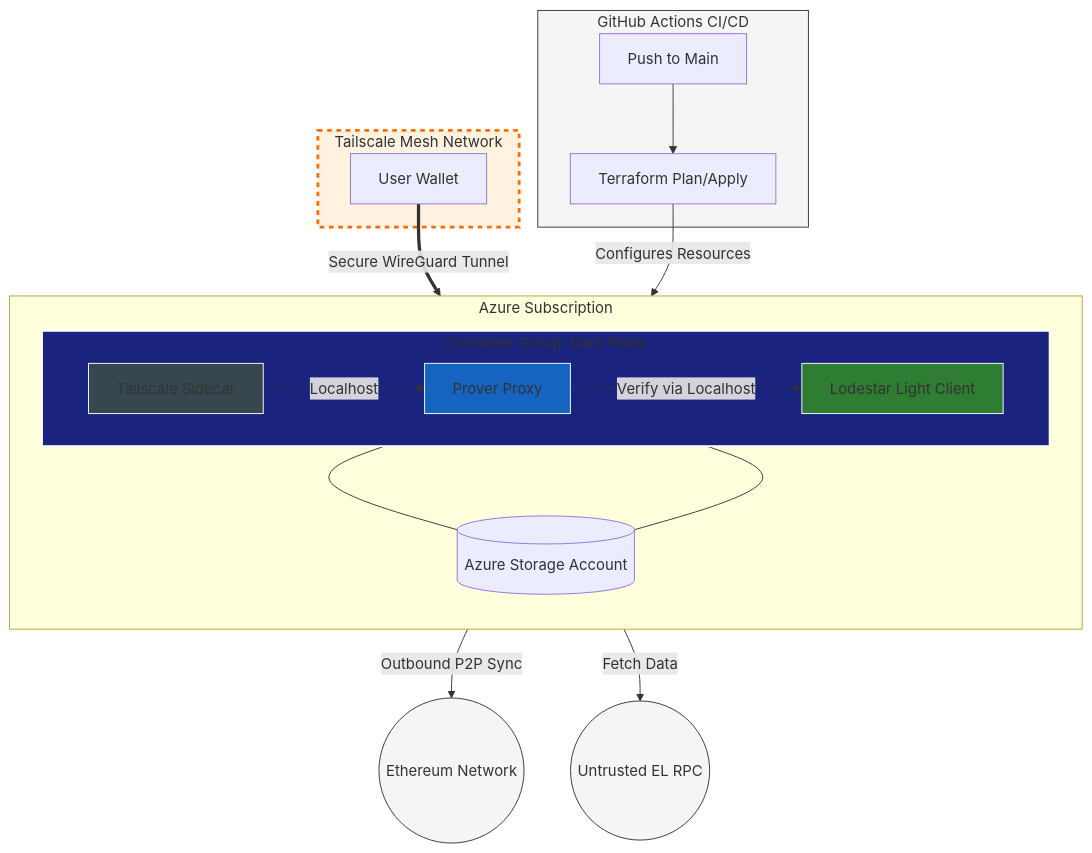
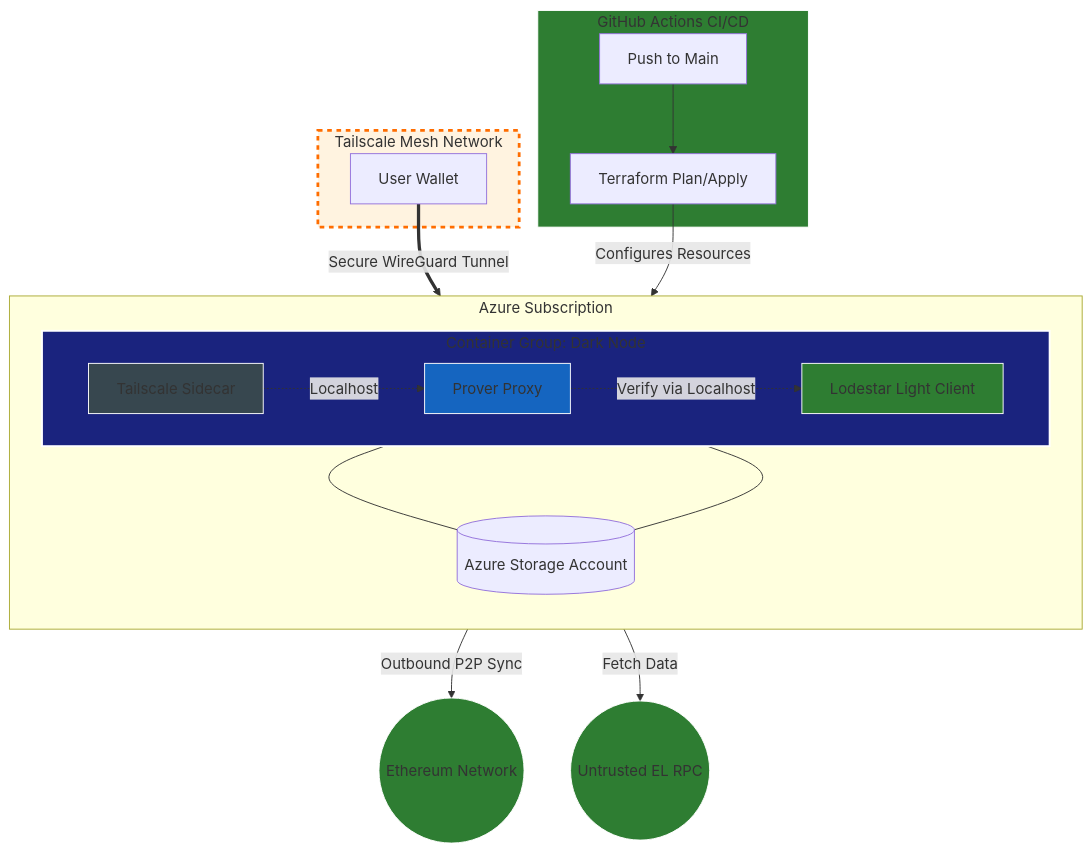
The first of 3 diagrams in LowLevelDesign.md (vfr750y/Cost-Optimized-Ethereum-Node-On-Azure), drawn with Mermaid before and after one commit.

Commit message:
edit LLD

````diff
--- a/LowLevelDesign.md
+++ b/LowLevelDesign.md
@@ -20,53 +20,53 @@
 ```mermaid
 graph TD
     subgraph GitHub_Actions [GitHub Actions CI/CD]
         A[Push to Main] --> B[Terraform Plan/Apply]
     end
 
     subgraph Azure_Cloud [Azure Subscription]
         direction TB
         
         subgraph ACI_Group [Container Group: Dark Node]
             direction LR
             L[Lodestar Light Client]
             P[Prover Proxy]
             T[Tailscale Sidecar]
         end
 
         SA[(Azure Storage Account)]
     end
 
     %% Deployment Flow
     B -- "Configures Resources" --> ACI_Group
     
     %% Internet Traffic Flow (Outbound Only)
     L -- "Outbound P2P Sync" --> Internet((Ethereum Network))
     P -- "Fetch Data" --> Provider((Untrusted EL RPC))
     
     %% Storage Persistence
     L --- SA
     T --- SA
 
     %% Private Access Flow (Inbound via Tunnel)
     subgraph Private_Mesh [Tailscale Mesh Network]
         Remote_User[User Wallet]
     end
 
     Remote_User == "Secure WireGuard Tunnel" ==> T
     
     %% Internal Logic (Localhost)
     T -. "Localhost" .-> P
     P -. "Verify via Localhost" .-> L
 
     %% High-Contrast Styling
     style ACI_Group fill:#1a237e,stroke:#ffffff,stroke-width:2px,color:#ffffff %% Deep Navy Blue
     style Private_Mesh fill:#fff3e0,stroke:#ff6d00,stroke-width:3px,stroke-dasharray: 5 5,color:#e65100 %% Vivid Orange
     
     style L fill:#2e7d32,stroke:#ffffff,color:#ffffff %% Forest Green
     style P fill:#1565c0,stroke:#ffffff,color:#ffffff %% Ocean Blue
     style T fill:#37474f,stroke:#ffffff,color:#ffffff %% Slate Grey
     
-    style Internet fill:#f5f5f5,stroke:#333
-    style Provider fill:#f5f5f5,stroke:#333
-    style GitHub_Actions fill:#f5f5f5,stroke:#333
+    style Internet fill:#2e7d32,stroke:#ffffff,color:#ffffff %% Forest Green
+    style Provider fill:#2e7d32,stroke:#ffffff,color:#ffffff %% Forest Green
+    style GitHub_Actions fill:#2e7d32,stroke:#ffffff,color:#ffffff %% Forest Green
 ```    
````
